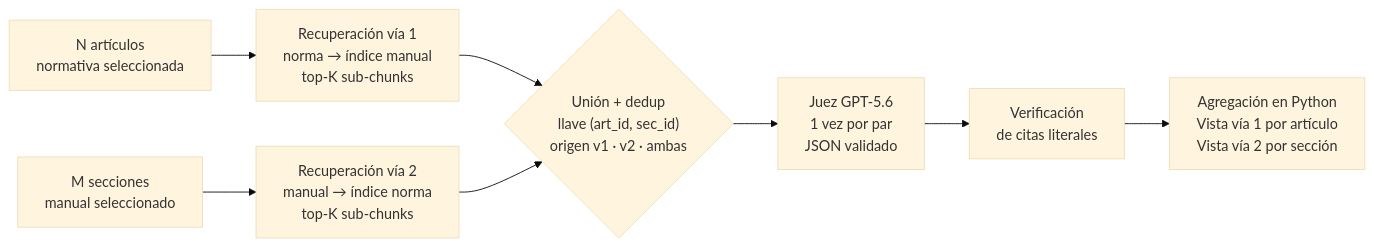
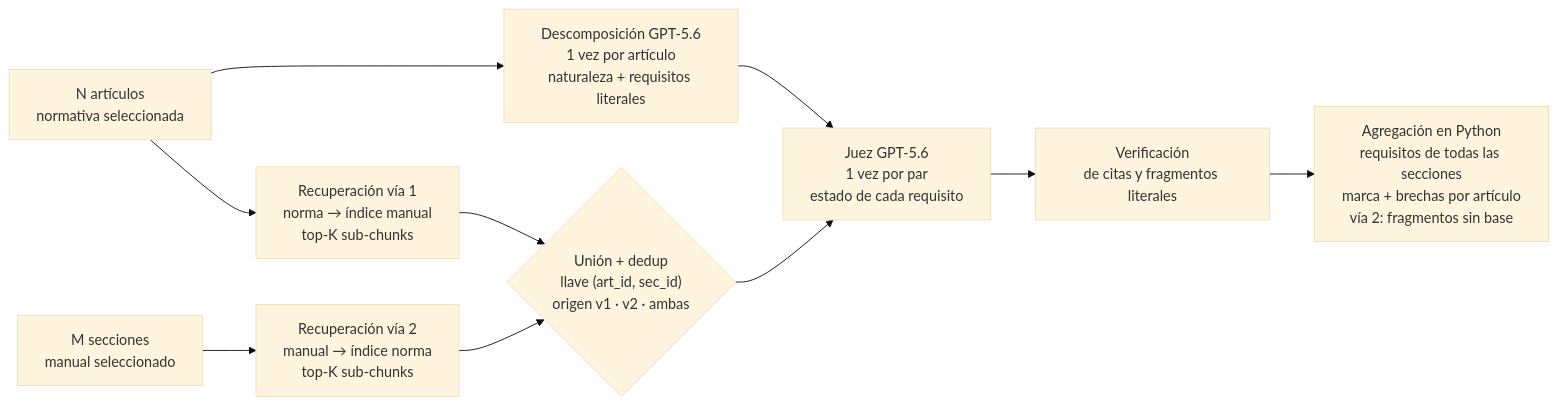
Before and after one commit to basaravia/comparador-normas-v2: the diagram in comparador-dbx/docs/09-motor-doble-via.md, drawn with Mermaid (base theme). The commit also changed other lines of this file and 7 other files, not shown here.

First line of the commit message:
docs: brechas resaltadas por requisito (RF-18, docs/14 #28), varias secciones por artículo

````diff
--- a/comparador-dbx/docs/09-motor-doble-via.md
+++ b/comparador-dbx/docs/09-motor-doble-via.md
@@ -3,10 +3,12 @@
 ```mermaid
 flowchart LR
     N["N artículos<br/>normativa seleccionada"] --> R1["Recuperación vía 1<br/>norma → índice manual<br/>top-K sub-chunks"]
     M["M secciones<br/>manual seleccionado"] --> R2["Recuperación vía 2<br/>manual → índice norma<br/>top-K sub-chunks"]
     R1 --> U{"Unión + dedup<br/>llave (art_id, sec_id)<br/>origen v1 · v2 · ambas"}
     R2 --> U
-    U --> J["Juez GPT-5.6<br/>1 vez por par<br/>JSON validado"]
-    J --> C["Verificación<br/>de citas literales"]
-    C --> AG["Agregación en Python<br/>Vista vía 1 por artículo<br/>Vista vía 2 por sección"]
+    N --> D["Descomposición GPT-5.6<br/>1 vez por artículo<br/>naturaleza + requisitos literales"]
+    D --> J
+    U --> J["Juez GPT-5.6<br/>1 vez por par<br/>estado de cada requisito"]
+    J --> C["Verificación<br/>de citas y fragmentos literales"]
+    C --> AG["Agregación en Python<br/>requisitos de todas las secciones<br/>marca + brechas por artículo<br/>vía 2: fragmentos sin base"]
 ```
````
